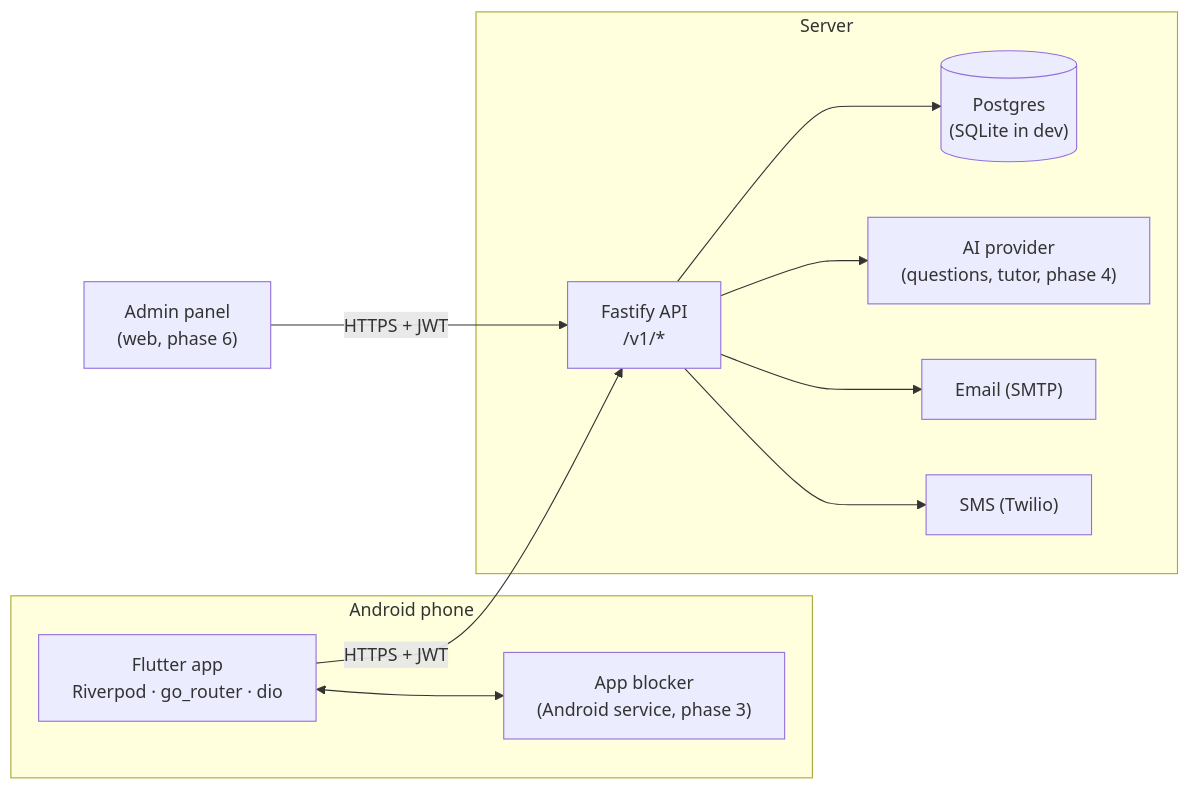
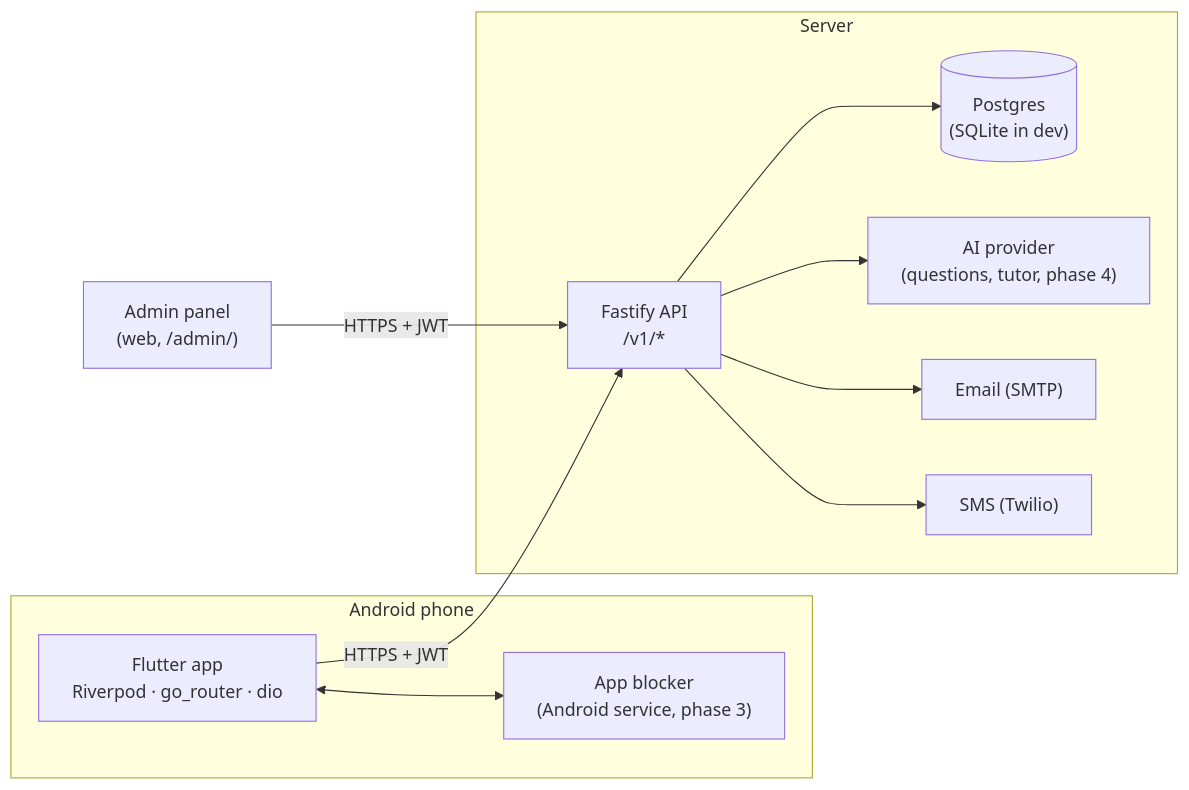
One commit to Ashfaq1306/study-assistant changed the first of 2 diagrams in docs/architecture.md. Above: the diagram before and after it, drawn with Mermaid. The commit also changed other lines of this file and 3 other files, not shown here.

````diff
--- a/docs/architecture.md
+++ b/docs/architecture.md
@@ -3,22 +3,22 @@
 ```mermaid
 flowchart LR
     subgraph Phone["Android phone"]
         App["Flutter app<br/>Riverpod · go_router · dio"]
         Lock["App blocker<br/>(Android service, phase 3)"]
         App <--> Lock
     end
-    Admin["Admin panel<br/>(web, phase 6)"]
+    Admin["Admin panel<br/>(web, /admin/)"]
     subgraph Server
         API["Fastify API<br/>/v1/*"]
         DB[("Postgres<br/>(SQLite in dev)")]
         AI["AI provider<br/>(questions, tutor, phase 4)"]
         Mail["Email (SMTP)"]
         SMS["SMS (Twilio)"]
     end
     App -- HTTPS + JWT --> API
     Admin -- HTTPS + JWT --> API
     API --> DB
     API --> AI
     API --> Mail
     API --> SMS
 ```
````
